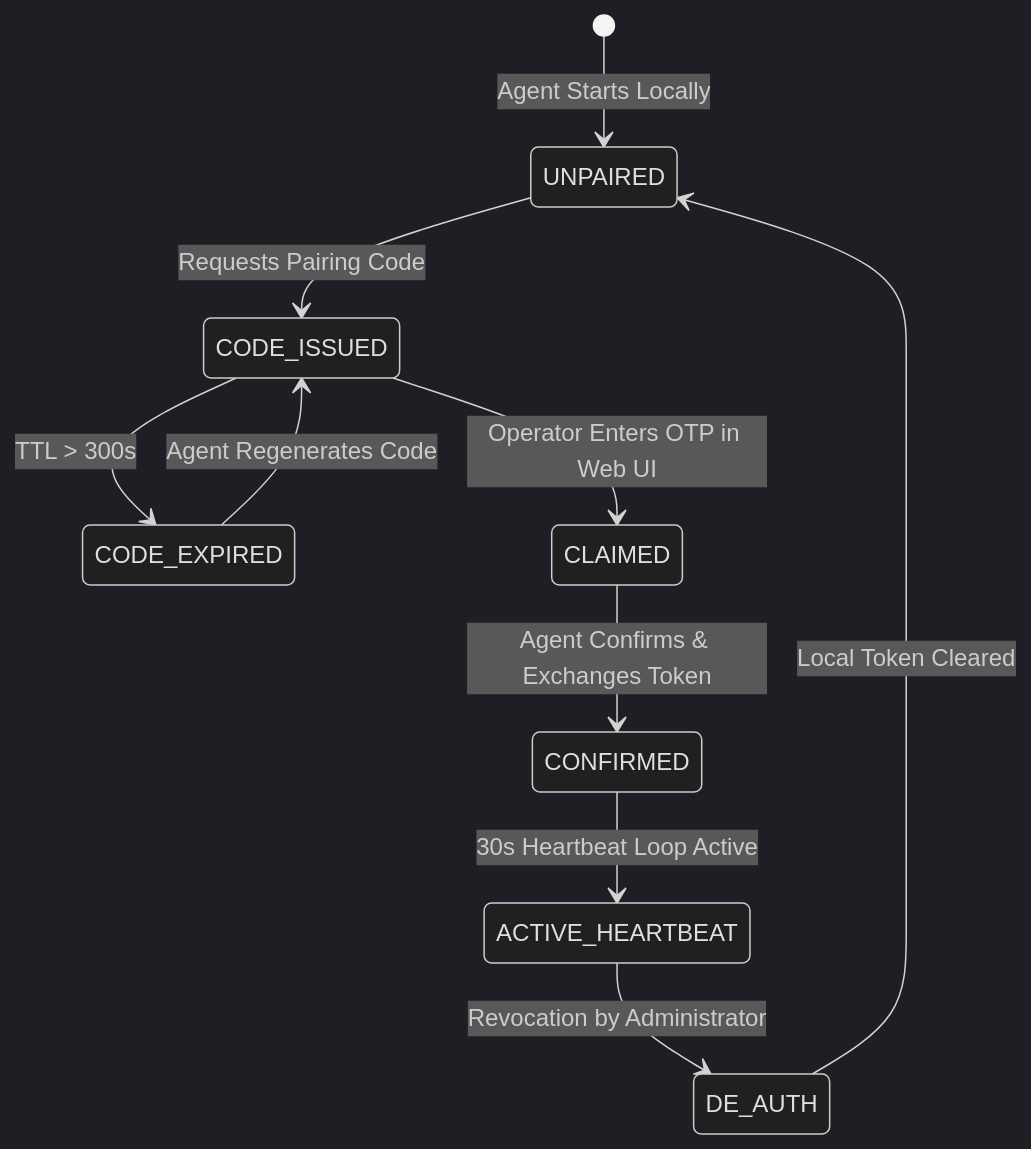
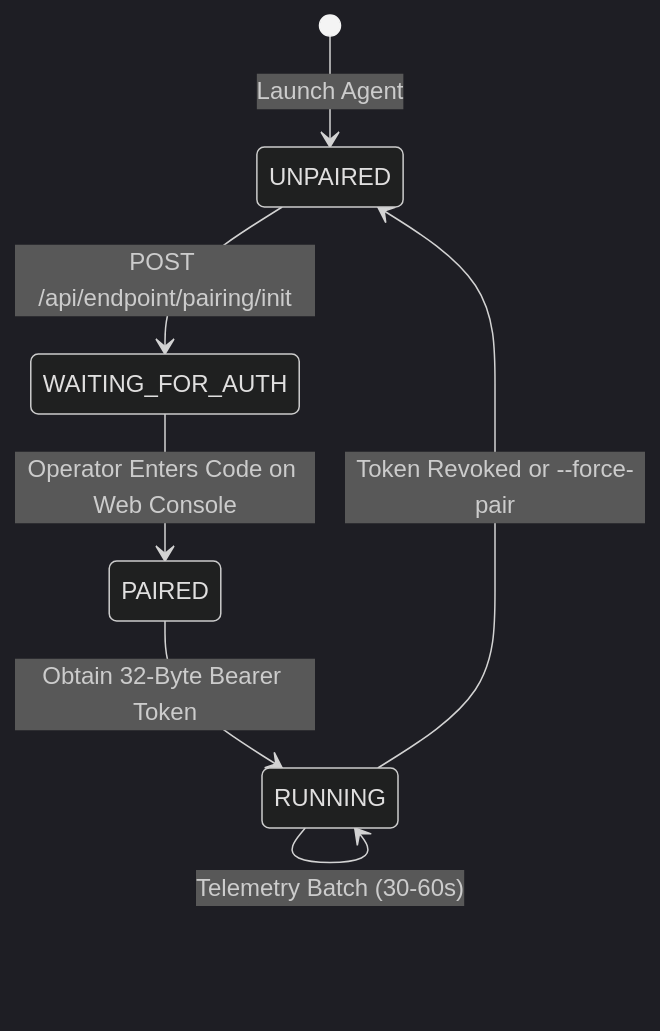
One commit to Subhadip-Paul2006/dhristi changed the second of 6 diagrams in TRD.MD. Above: the diagram before and after it, drawn with Mermaid. The commit also changed other lines of this file and 4 other files, not shown here.

````diff
--- a/TRD.MD
+++ b/TRD.MD
@@ -311,13 +200,11 @@
 ```mermaid
 %%{init: {'theme': 'dark'}}%%
 stateDiagram-v2
-    [*] --> UNPAIRED : Agent Starts Locally
-    UNPAIRED --> CODE_ISSUED : Requests Pairing Code
-    CODE_ISSUED --> CODE_EXPIRED : TTL > 300s
-    CODE_EXPIRED --> CODE_ISSUED : Agent Regenerates Code
-    CODE_ISSUED --> CLAIMED : Operator Enters OTP in Web UI
-    CLAIMED --> CONFIRMED : Agent Confirms & Exchanges Token
-    CONFIRMED --> ACTIVE_HEARTBEAT : 30s Heartbeat Loop Active
-    ACTIVE_HEARTBEAT --> DE_AUTH : Revocation by Administrator
-    DE_AUTH --> UNPAIRED : Local Token Cleared
+    [*] --> UNPAIRED : Launch Agent
+    UNPAIRED --> WAITING_FOR_AUTH : POST /api/endpoint/pairing/init
+    WAITING_FOR_AUTH --> PAIRED : Operator Enters Code on Web Console
+    PAIRED --> RUNNING : Obtain 32-Byte Bearer Token
+    RUNNING --> RUNNING : Heartbeat Pulse (15-45s)
+    RUNNING --> RUNNING : Telemetry Batch (30-60s)
+    RUNNING --> UNPAIRED : Token Revoked or --force-pair
 ```
````
